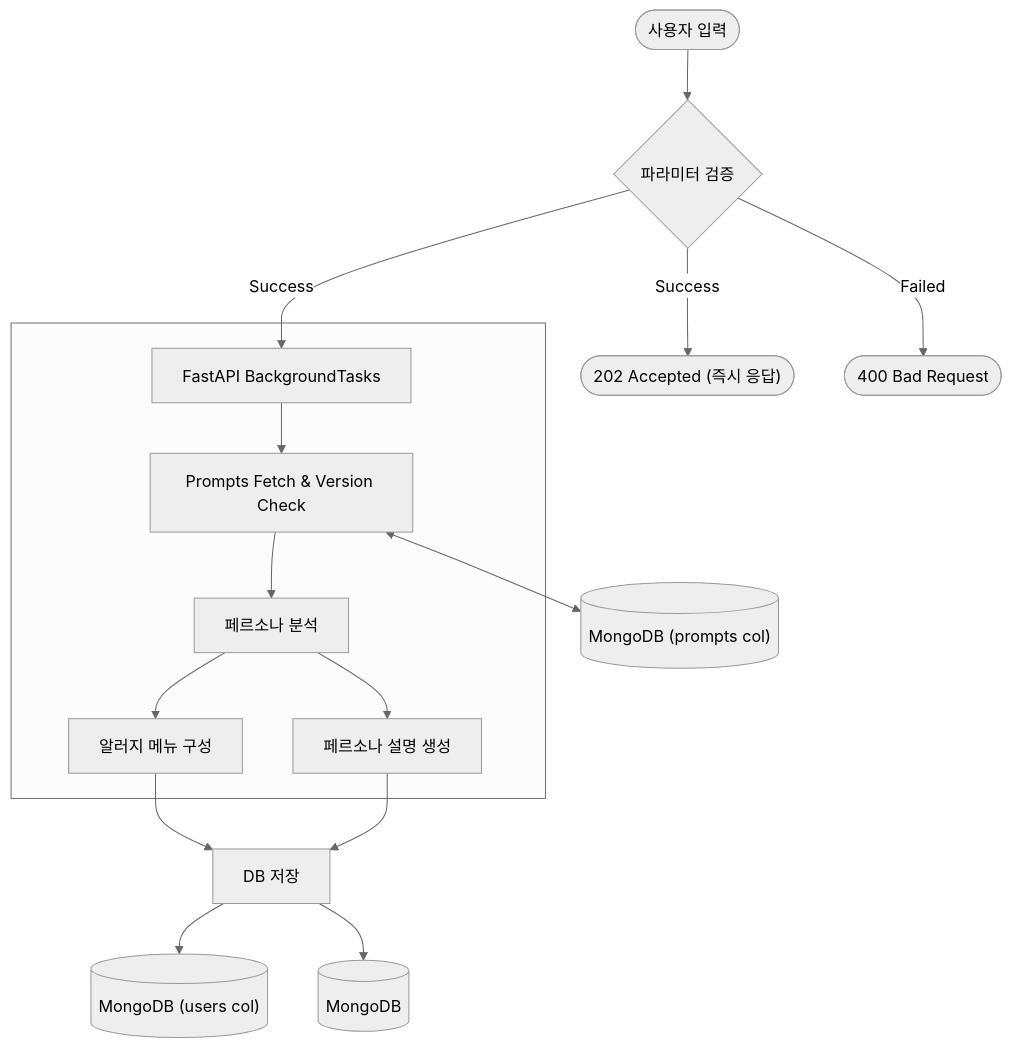
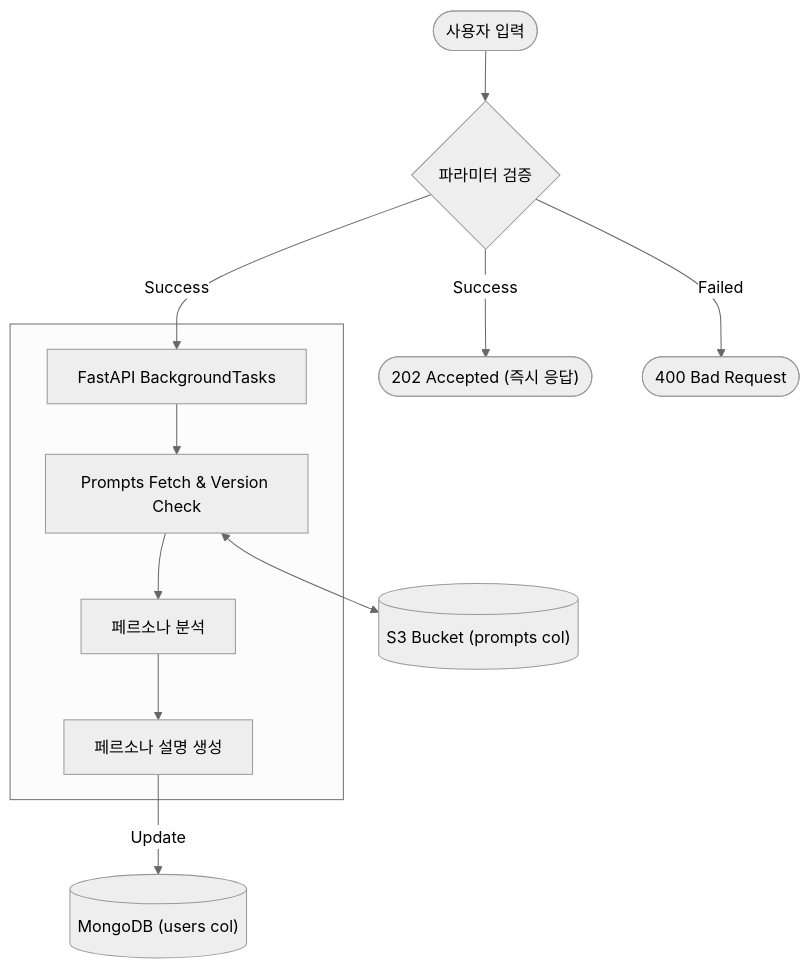
One commit to 100-hours-a-week/8-damo-ai changed the second of 2 diagrams in ARCHITECTURE_PERSONA.md. Above: the diagram before and after it, drawn with Mermaid (neutral theme). The commit also changed other lines of this file and 14 other files, not shown here.

````diff
--- a/ARCHITECTURE_PERSONA.md
+++ b/ARCHITECTURE_PERSONA.md
@@ -61,19 +61,16 @@
 ```mermaid
 graph TD
     Input([사용자 입력]) --> Validation{파라미터 검증}
     Validation -- Success --> Response1(["202 Accepted (즉시 응답)"])
     Validation -- Success --> BT["FastAPI BackgroundTasks"]
     Validation -- Failed --> Response2(["400 Bad Request"])
 
     subgraph " "
         BT --> PromptMD[Prompts Fetch & Version Check]
         PromptMD --> Analysis[페르소나 분석]
-        Analysis --> Allergy[알러지 메뉴 구성]
         Analysis --> PersonaDesc[페르소나 설명 생성]
     end
 
-    PromptMD <--> Mongo_P[("MongoDB (prompts col)")]
-    Allergy & PersonaDesc --> Storage[DB 저장]
-    Storage --> Mongo_U[("MongoDB (users col)")]
-    Storage --> Mongo[("MongoDB")]
+    PromptMD <--> Mongo_P[("S3 Bucket (prompts col)")]
+    PersonaDesc -- Update --> Mongo_U[("MongoDB (users col)")]
 ```
````
